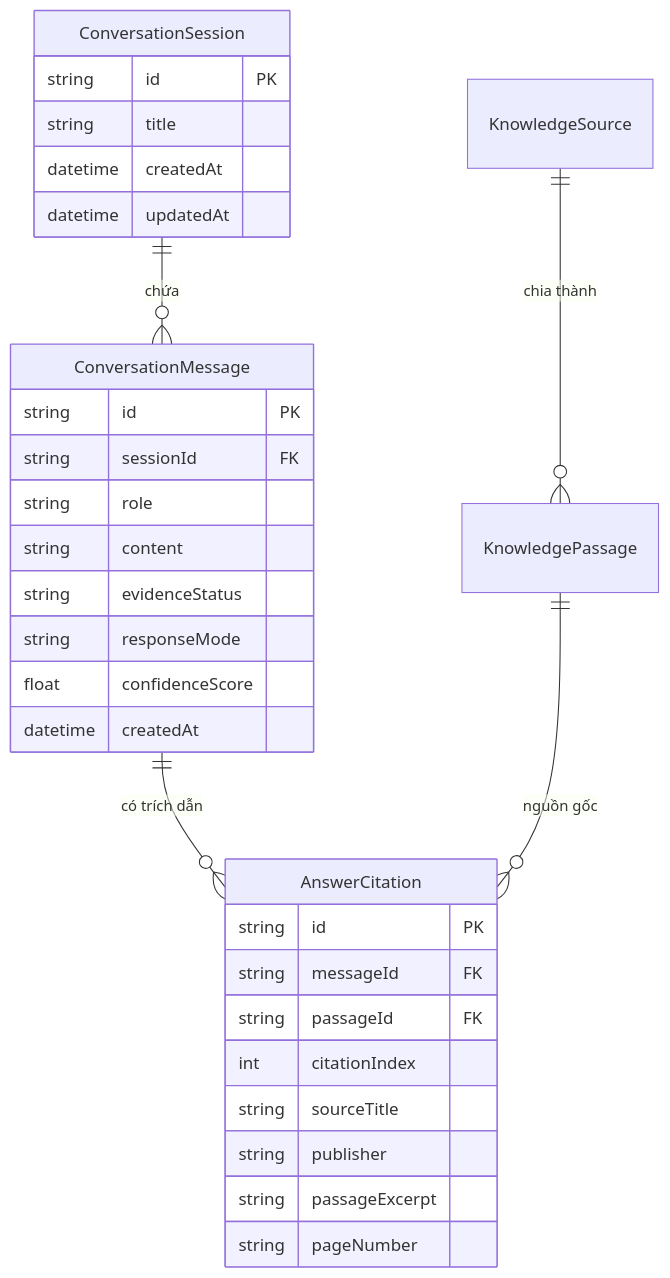
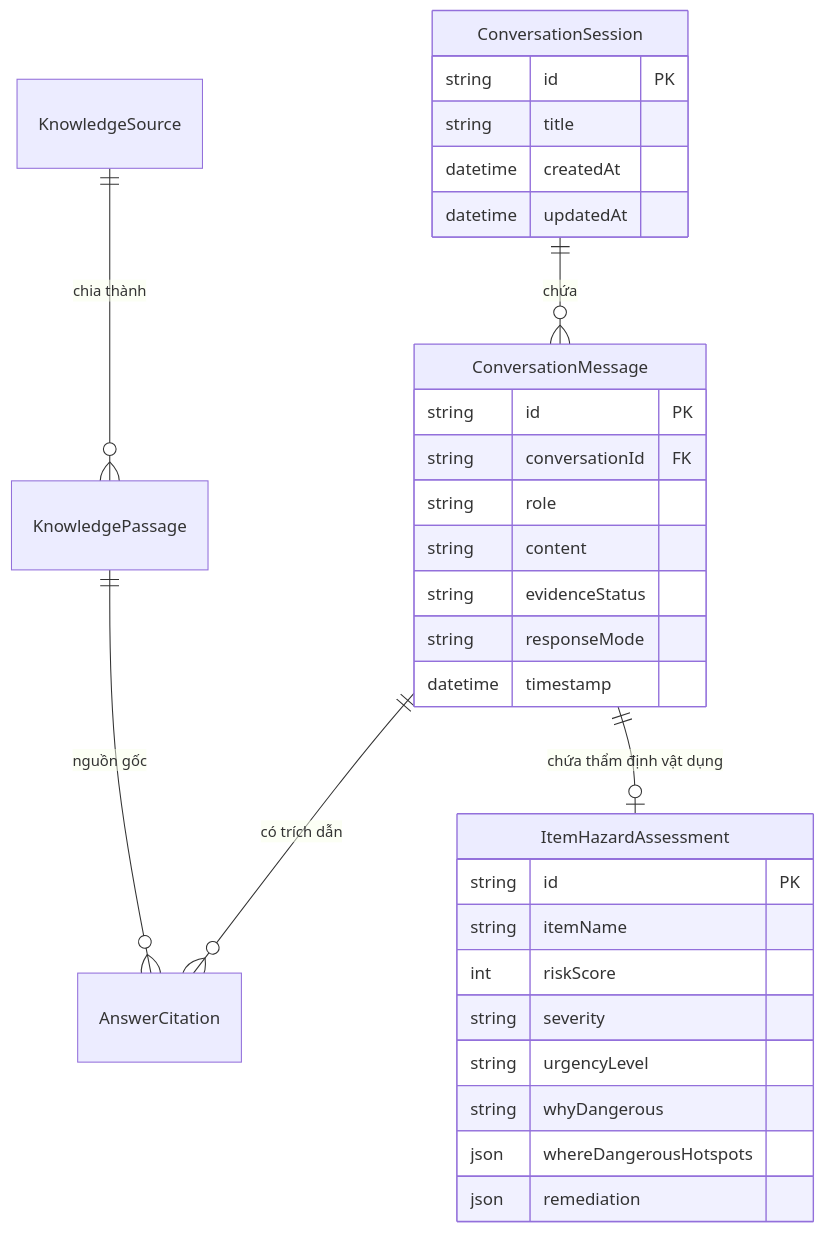
One commit to NguyenTriBaoThang/SafeHome3DAI changed the second of 2 diagrams in docs/RAG_ARCHITECTURE.md. Above: the diagram before and after it, drawn with Mermaid. The commit also changed other lines of this file and 12 other files, not shown here.

Commit message:
docs: update architecture documentation and add documentation site pages

````diff
--- a/docs/RAG_ARCHITECTURE.md
+++ b/docs/RAG_ARCHITECTURE.md
@@ -89,36 +101,36 @@
 ```mermaid
 erDiagram
     ConversationSession ||--o{ ConversationMessage : "chứa"
     ConversationMessage ||--o{ AnswerCitation : "có trích dẫn"
+    ConversationMessage ||--o| ItemHazardAssessment : "chứa thẩm định vật dụng"
     KnowledgeSource ||--o{ KnowledgePassage : "chia thành"
     KnowledgePassage ||--o{ AnswerCitation : "nguồn gốc"
 
     ConversationSession {
         string id PK
         string title
         datetime createdAt
         datetime updatedAt
     }
 
     ConversationMessage {
         string id PK
-        string sessionId FK
+        string conversationId FK
         string role
         string content
         string evidenceStatus
         string responseMode
-        float confidenceScore
-        datetime createdAt
+        datetime timestamp
     }
 
-    AnswerCitation {
+    ItemHazardAssessment {
         string id PK
-        string messageId FK
-        string passageId FK
-        int citationIndex
-        string sourceTitle
-        string publisher
-        string passageExcerpt
-        string pageNumber
+        string itemName
+        int riskScore
+        string severity
+        string urgencyLevel
+        string whyDangerous
+        json whereDangerousHotspots
+        json remediation
     }
 ```
````
